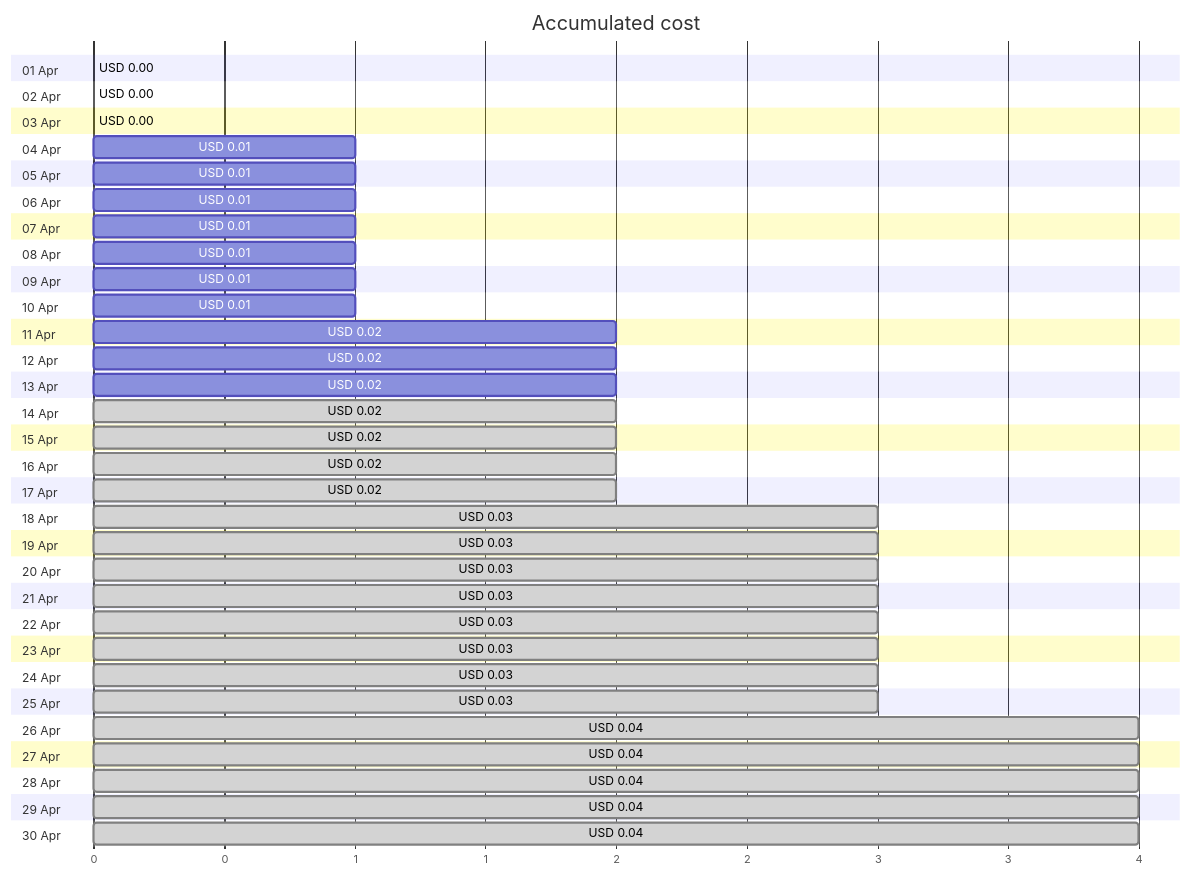
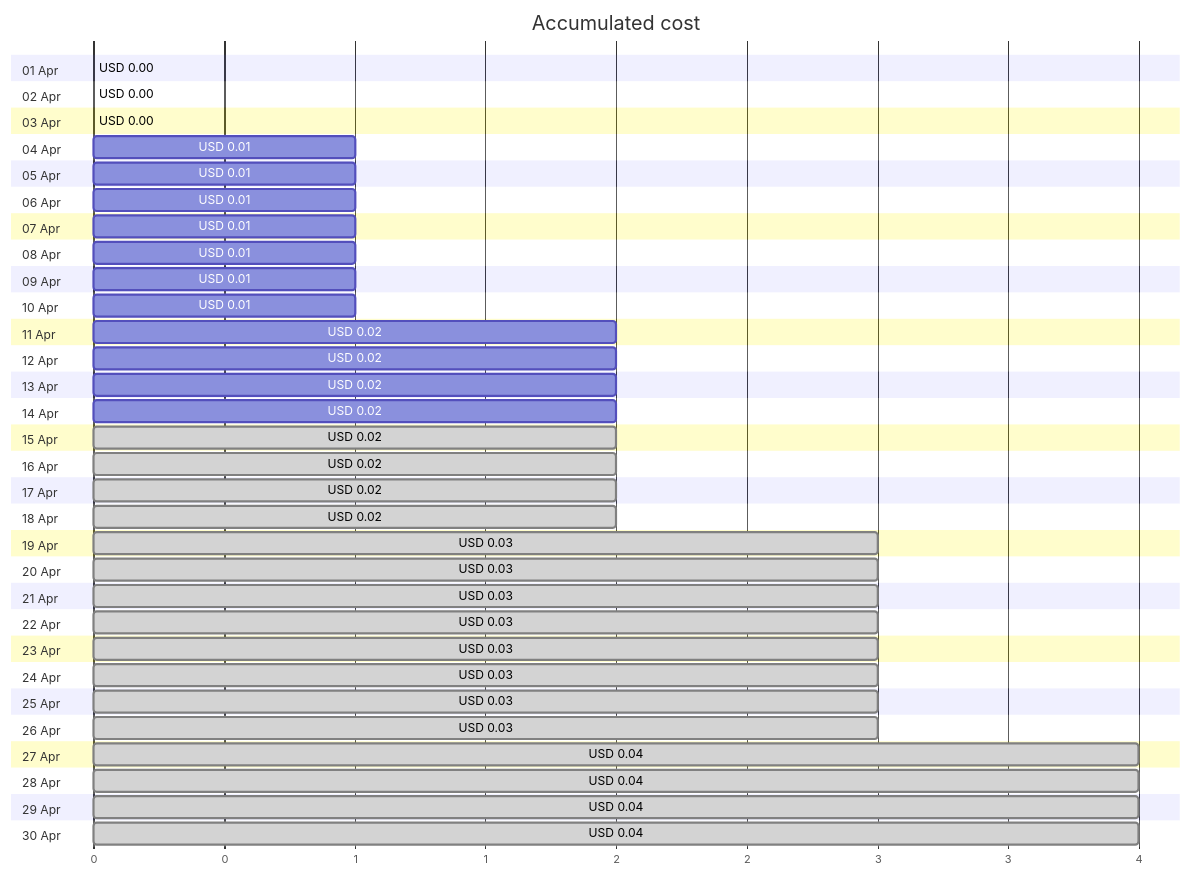
The first of 4 diagrams in cost-reports/personal-site/personalsiteapistorage.md (jpfulton/azure-personal-reports), drawn with Mermaid before and after one commit. The commit also changed other lines of this file and 6 other files, not shown here.

````diff
--- a/cost-reports/personal-site/personalsiteapistorage.md
+++ b/cost-reports/personal-site/personalsiteapistorage.md
@@ -20,66 +20,66 @@
 ```mermaid
 gantt
    title Accumulated cost
    dateFormat  X
    axisFormat %s
    section 01 Apr
    USD 0.00 :0, 0
    section 02 Apr
    USD 0.00 :0, 0
    section 03 Apr
    USD 0.00 :0, 0
    section 04 Apr
    USD 0.01 :0, 1
    section 05 Apr
    USD 0.01 :0, 1
    section 06 Apr
    USD 0.01 :0, 1
    section 07 Apr
    USD 0.01 :0, 1
    section 08 Apr
    USD 0.01 :0, 1
    section 09 Apr
    USD 0.01 :0, 1
    section 10 Apr
    USD 0.01 :0, 1
    section 11 Apr
    USD 0.02 :0, 2
    section 12 Apr
    USD 0.02 :0, 2
    section 13 Apr
    USD 0.02 :0, 2
    section 14 Apr
-   USD 0.02 : done, 0, 2
+   USD 0.02 :0, 2
    section 15 Apr
    USD 0.02 : done, 0, 2
    section 16 Apr
    USD 0.02 : done, 0, 2
    section 17 Apr
    USD 0.02 : done, 0, 2
    section 18 Apr
-   USD 0.03 : done, 0, 3
+   USD 0.02 : done, 0, 2
    section 19 Apr
    USD 0.03 : done, 0, 3
    section 20 Apr
    USD 0.03 : done, 0, 3
    section 21 Apr
    USD 0.03 : done, 0, 3
    section 22 Apr
    USD 0.03 : done, 0, 3
    section 23 Apr
    USD 0.03 : done, 0, 3
    section 24 Apr
    USD 0.03 : done, 0, 3
    section 25 Apr
    USD 0.03 : done, 0, 3
    section 26 Apr
-   USD 0.04 : done, 0, 4
+   USD 0.03 : done, 0, 3
    section 27 Apr
    USD 0.04 : done, 0, 4
    section 28 Apr
    USD 0.04 : done, 0, 4
    section 29 Apr
    USD 0.04 : done, 0, 4
    section 30 Apr
    USD 0.04 : done, 0, 4
 ```
````
